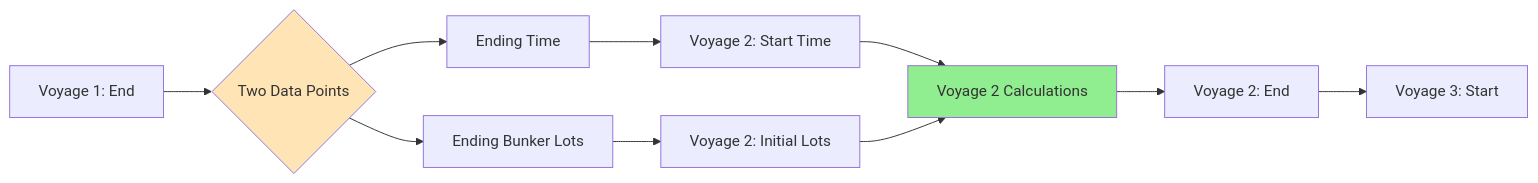
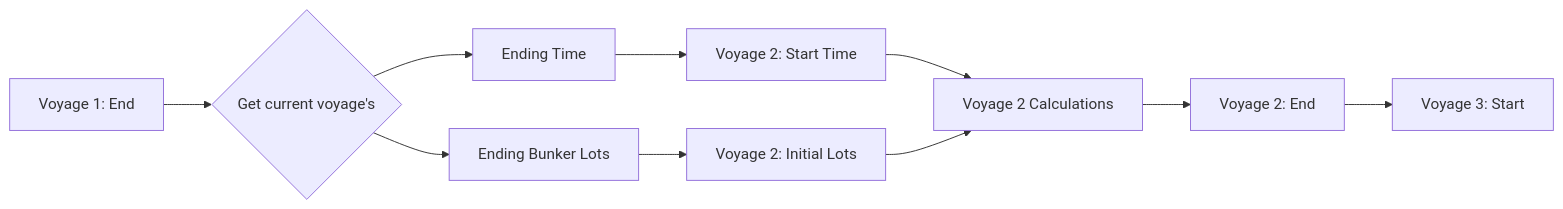
The third of 22 diagrams in transcribe/VesselReport_Final_Documentation.md (NguyenPhamCode4You/ai-home-lab-docker-compose), drawn with Mermaid before and after one commit. The commit also changed other lines of this file, not shown here.

````diff
--- a/transcribe/VesselReport_Final_Documentation.md
+++ b/transcribe/VesselReport_Final_Documentation.md
@@ -212,15 +160,12 @@
 ```mermaid
 graph LR
-    A[Voyage 1: End] --> B{Two Data Points}
+    A[Voyage 1: End] --> B{Get current voyage's}
     B --> C[Ending Time]
     B --> D[Ending Bunker Lots]
     C --> E[Voyage 2: Start Time]
     D --> F[Voyage 2: Initial Lots]
     E --> G[Voyage 2 Calculations]
     F --> G
     G --> H[Voyage 2: End]
     H --> I[Voyage 3: Start]
-
-    style B fill:#FFE4B5
-    style G fill:#90EE90
 ```
````
